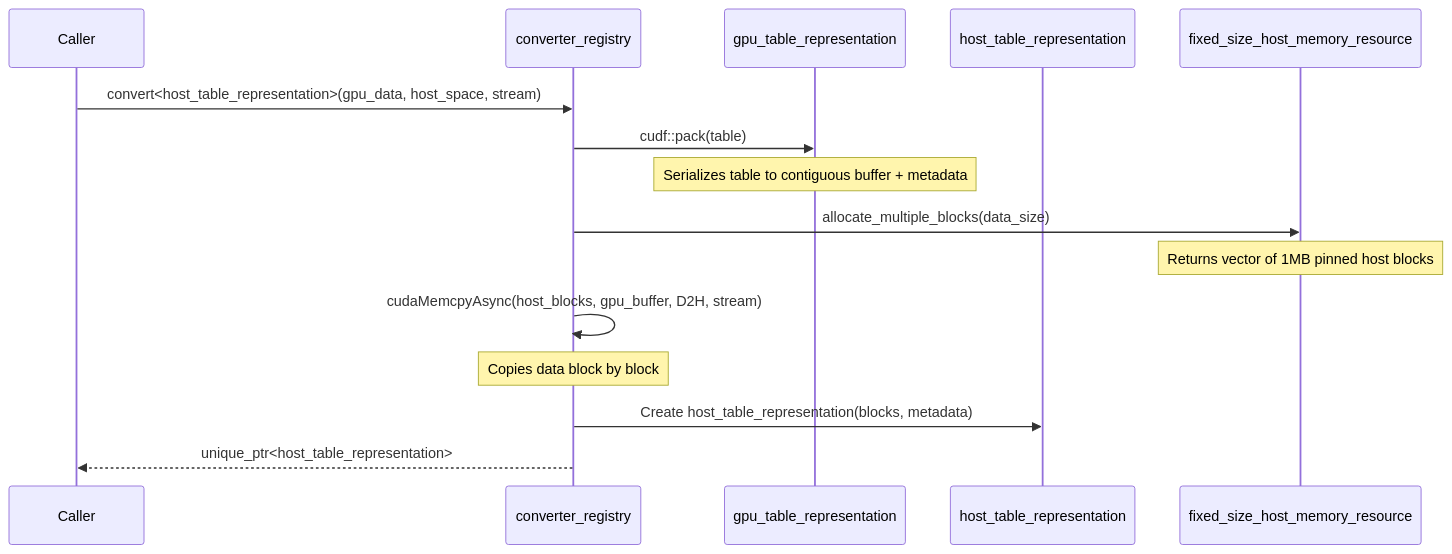
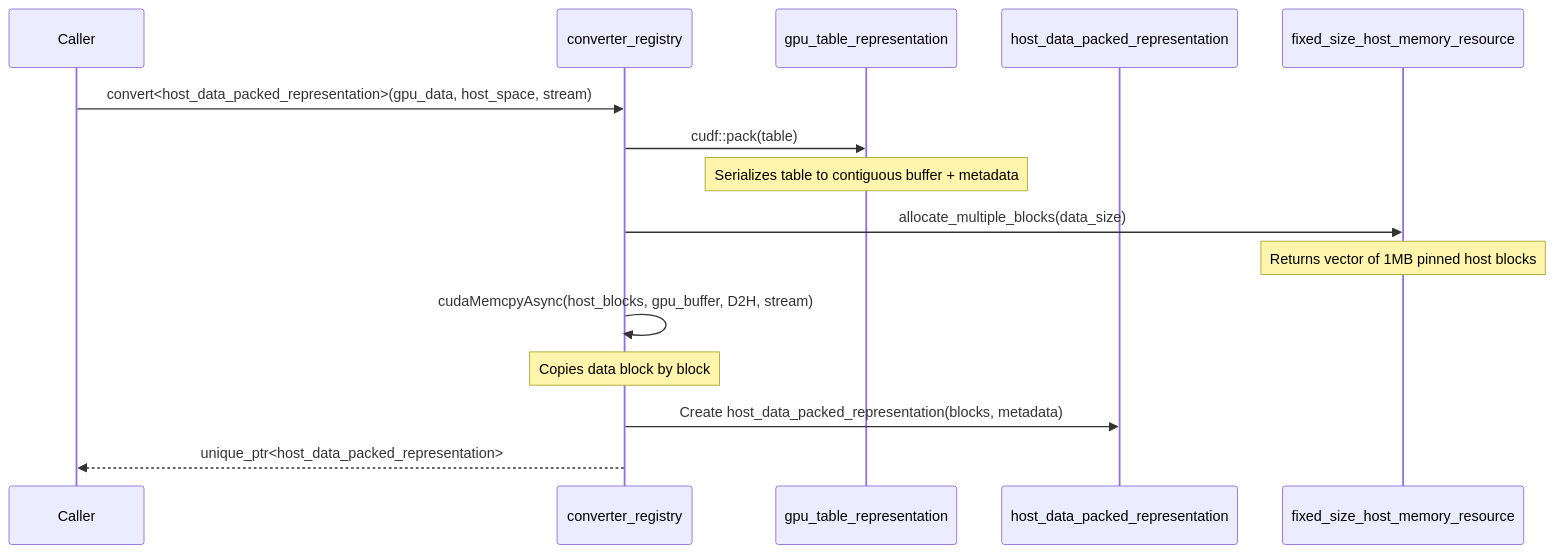
Before and after one commit to NVIDIA/cuCascade: the third of 3 diagrams in docs/data-management.md, drawn with Mermaid. The commit also changed other lines of this file and 14 other files, not shown here.

First line of the commit message:
Add direct-copy host representation and fast GPU↔Host converters

````diff
--- a/docs/data-management.md
+++ b/docs/data-management.md
@@ -249,18 +308,18 @@
 ```mermaid
 sequenceDiagram
     participant Caller
     participant Registry as converter_registry
     participant GPU as gpu_table_representation
-    participant Host as host_table_representation
+    participant Host as host_data_packed_representation
     participant HostMR as fixed_size_host_memory_resource
 
-    Caller->>Registry: convert<host_table_representation>(gpu_data, host_space, stream)
+    Caller->>Registry: convert<host_data_packed_representation>(gpu_data, host_space, stream)
     Registry->>GPU: cudf::pack(table)
     Note over GPU: Serializes table to contiguous buffer + metadata
     Registry->>HostMR: allocate_multiple_blocks(data_size)
     Note over HostMR: Returns vector of 1MB pinned host blocks
     Registry->>Registry: cudaMemcpyAsync(host_blocks, gpu_buffer, D2H, stream)
     Note over Registry: Copies data block by block
-    Registry->>Host: Create host_table_representation(blocks, metadata)
-    Registry-->>Caller: unique_ptr<host_table_representation>
+    Registry->>Host: Create host_data_packed_representation(blocks, metadata)
+    Registry-->>Caller: unique_ptr<host_data_packed_representation>
 ```
````
